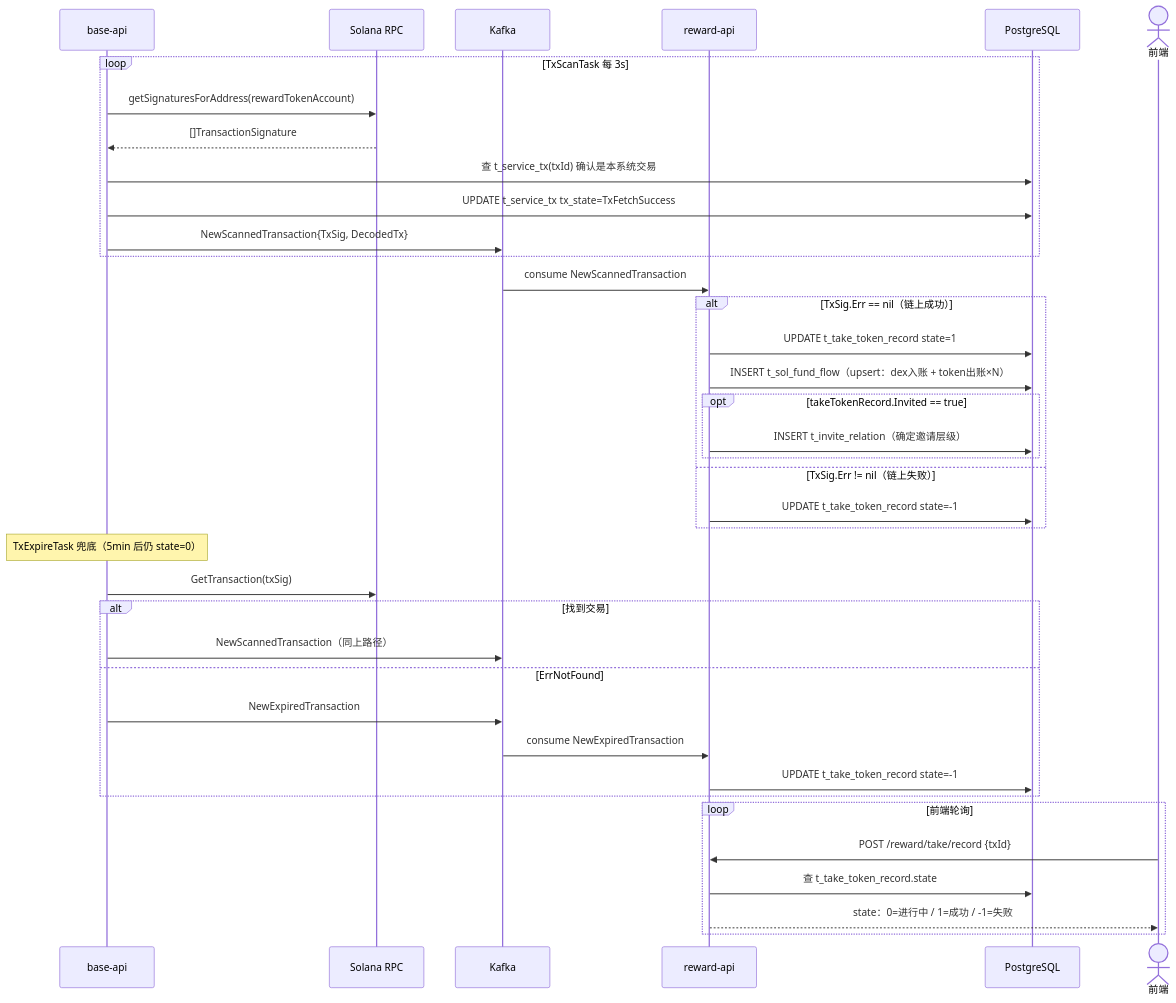
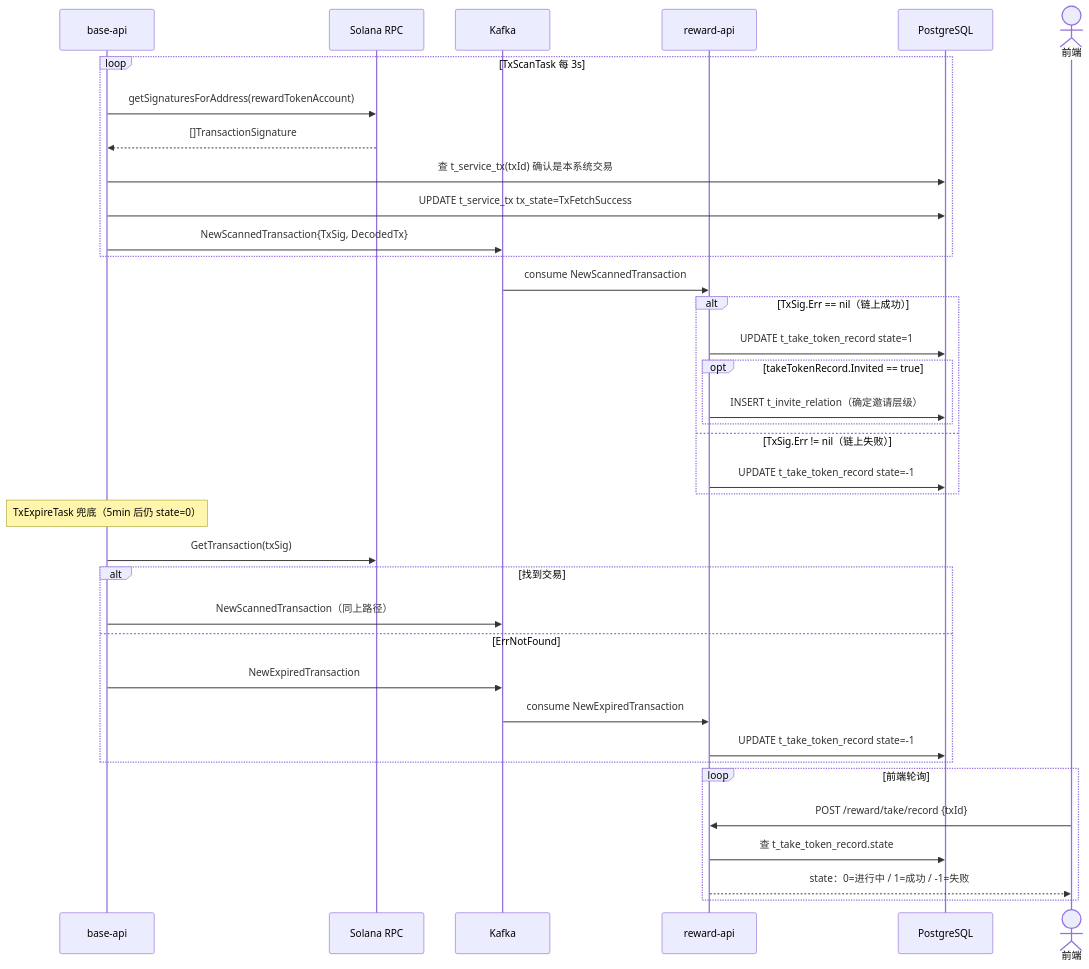
One commit to BillInUK/oshit-go changed the third of 7 diagrams in docs/v1/reward_take_token.md. Above: the diagram before and after it, drawn with Mermaid. The commit also changed other lines of this file and 20 other files, not shown here.

````diff
--- a/docs/v1/reward_take_token.md
+++ b/docs/v1/reward_take_token.md
@@ -182,44 +182,43 @@
 ```mermaid
 sequenceDiagram
     participant B as base-api
     participant SOL as Solana RPC
     participant K as Kafka
     participant R as reward-api
     participant DB as PostgreSQL
     actor FE as 前端
 
     loop TxScanTask 每 3s
         B->>SOL: getSignaturesForAddress(rewardTokenAccount)
         SOL-->>B: []TransactionSignature
         B->>DB: 查 t_service_tx(txId) 确认是本系统交易
         B->>DB: UPDATE t_service_tx tx_state=TxFetchSuccess
         B->>K: NewScannedTransaction{TxSig, DecodedTx}
     end
 
     K->>R: consume NewScannedTransaction
     alt TxSig.Err == nil（链上成功）
         R->>DB: UPDATE t_take_token_record state=1
-        R->>DB: INSERT t_sol_fund_flow（upsert：dex入账 + token出账×N）
         opt takeTokenRecord.Invited == true
             R->>DB: INSERT t_invite_relation（确定邀请层级）
         end
     else TxSig.Err != nil（链上失败）
         R->>DB: UPDATE t_take_token_record state=-1
     end
 
     Note over B: TxExpireTask 兜底（5min 后仍 state=0）
     B->>SOL: GetTransaction(txSig)
     alt 找到交易
         B->>K: NewScannedTransaction（同上路径）
     else ErrNotFound
         B->>K: NewExpiredTransaction
         K->>R: consume NewExpiredTransaction
         R->>DB: UPDATE t_take_token_record state=-1
     end
 
     loop 前端轮询
         FE->>R: POST /reward/take/record {txId}
         R->>DB: 查 t_take_token_record.state
         R-->>FE: state：0=进行中 / 1=成功 / -1=失败
     end
 ```
````
